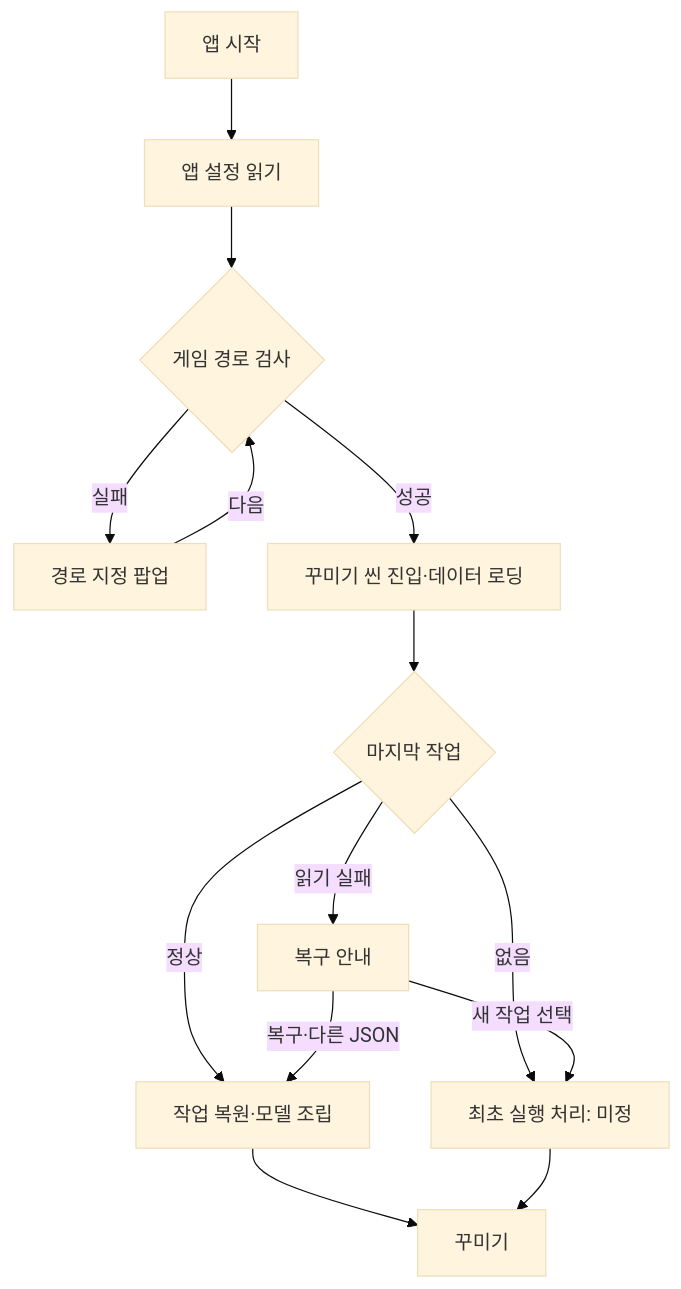
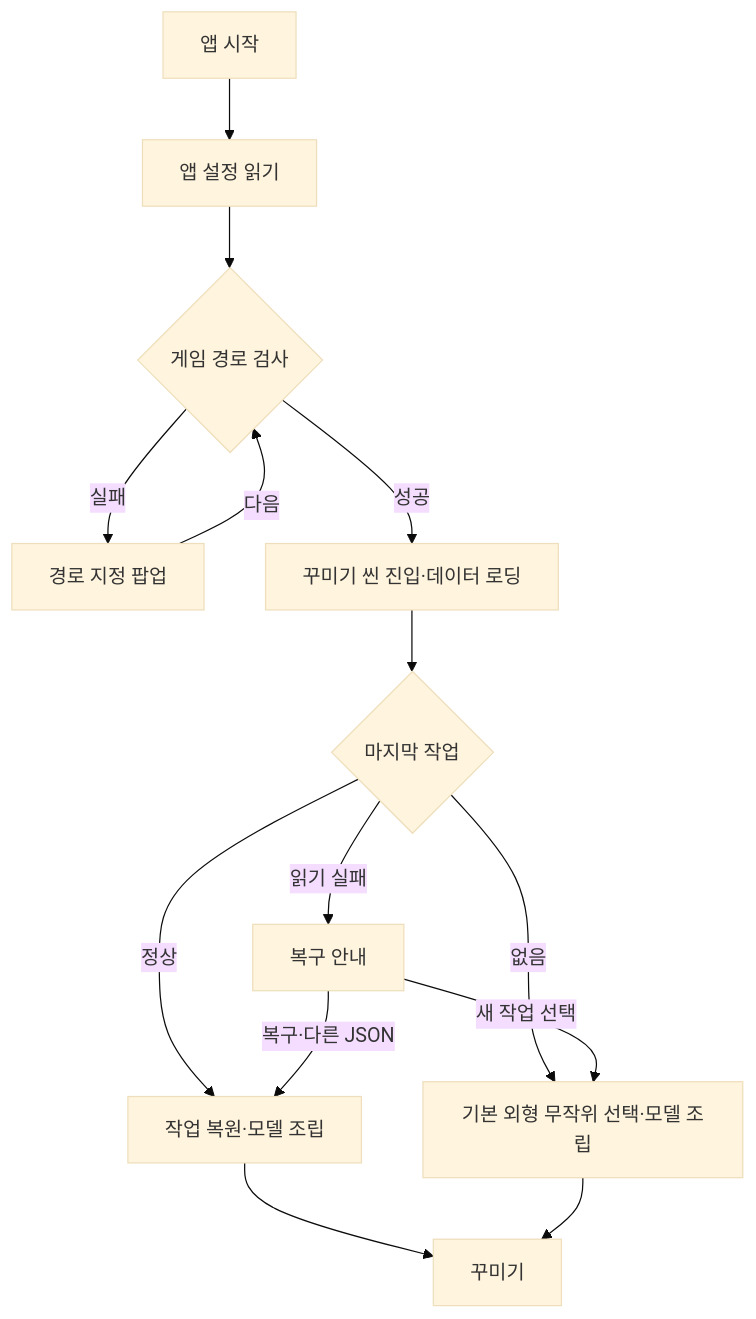
Before and after one commit to PieceOfPaper/MobiAtelier: the first of 2 diagrams in Docs/ProgramFlow.md, drawn with Mermaid (base theme). The commit also changed other lines of this file and 4 other files, not shown here.

````diff
--- a/Docs/ProgramFlow.md
+++ b/Docs/ProgramFlow.md
@@ -9,16 +9,16 @@
 ```mermaid
 flowchart TD
     A["앱 시작"] --> B["앱 설정 읽기"]
     B --> C{"게임 경로 검사"}
     C -->|실패| D["경로 지정 팝업"]
     D -->|다음| C
     C -->|성공| E["꾸미기 씬 진입·데이터 로딩"]
     E --> F{"마지막 작업"}
     F -->|정상| G["작업 복원·모델 조립"]
-    F -->|없음| H["최초 실행 처리: 미정"]
+    F -->|없음| H["기본 외형 무작위 선택·모델 조립"]
     F -->|읽기 실패| I["복구 안내"]
     I -->|복구·다른 JSON| G
     I -->|새 작업 선택| H
     G --> J["꾸미기"]
     H --> J
 ```
````
